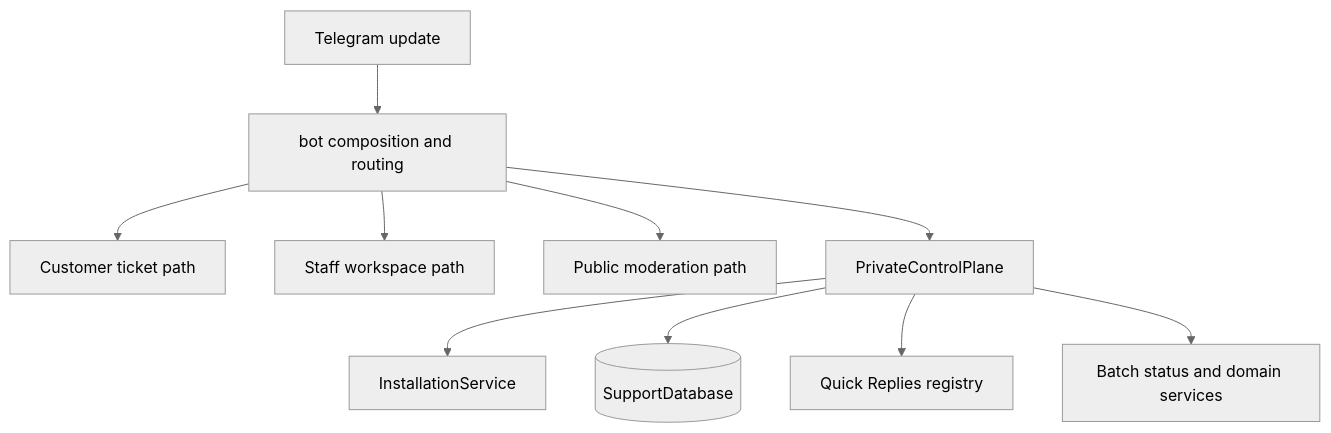
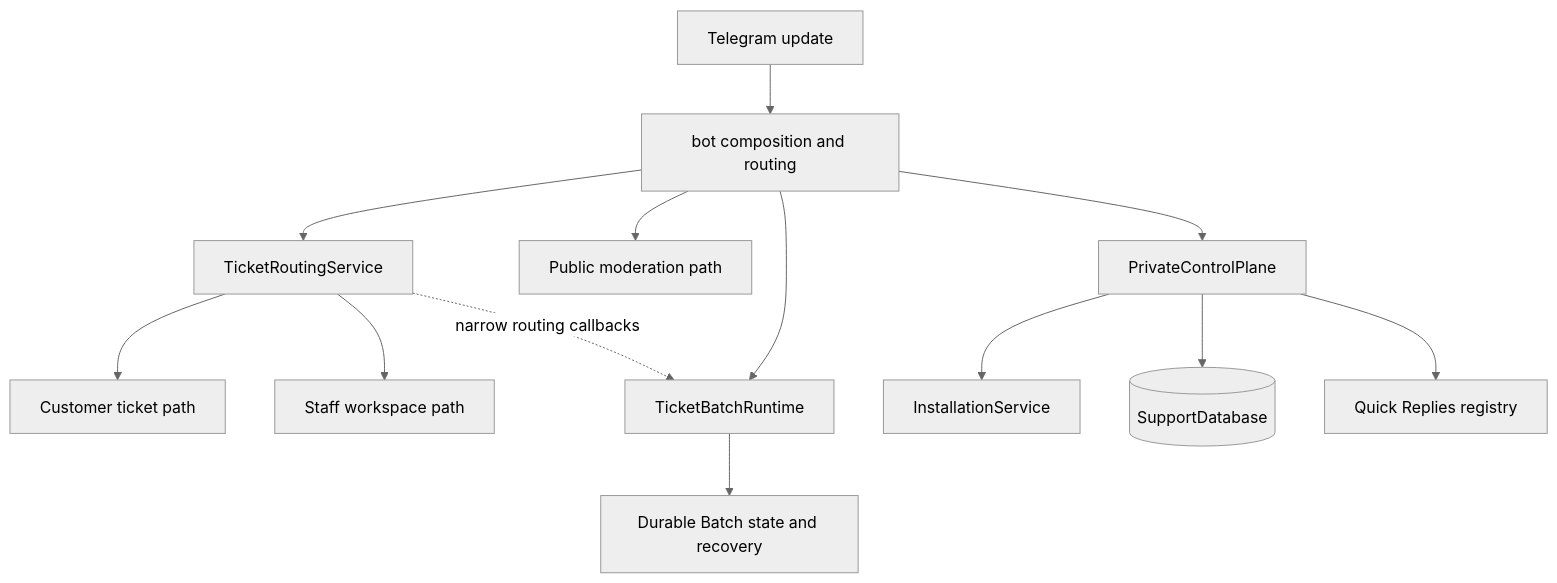
One commit to mikhail494/telegram-ticket-system changed the third of 6 diagrams in docs/ARCHITECTURE.md. Above: the diagram before and after it, drawn with Mermaid (neutral theme). The commit also changed other lines of this file and 4 other files, not shown here.

Commit message:
Finalize architecture cleanup

````diff
--- a/docs/ARCHITECTURE.md
+++ b/docs/ARCHITECTURE.md
@@ -37,12 +37,15 @@
 ```mermaid
 flowchart TD
   T[Telegram update] --> B[bot composition and routing]
-  B --> C[Customer ticket path]
-  B --> W[Staff workspace path]
+  B --> R[TicketRoutingService]
+  R --> C[Customer ticket path]
+  R --> W[Staff workspace path]
   B --> M[Public moderation path]
   B --> P[PrivateControlPlane]
+  B --> BR[TicketBatchRuntime]
+  R -. narrow routing callbacks .-> BR
   P --> I[InstallationService]
   P --> D[(SupportDatabase)]
   P --> Q[Quick Replies registry]
-  P --> BS[Batch status and domain services]
+  BR --> BS[Durable Batch state and recovery]
 ```
````
